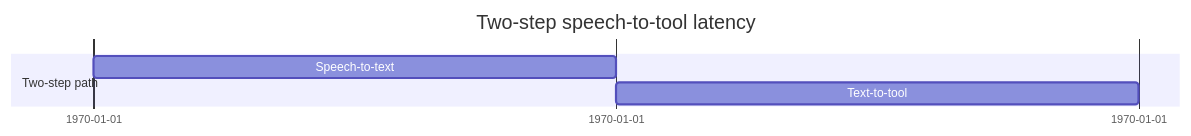
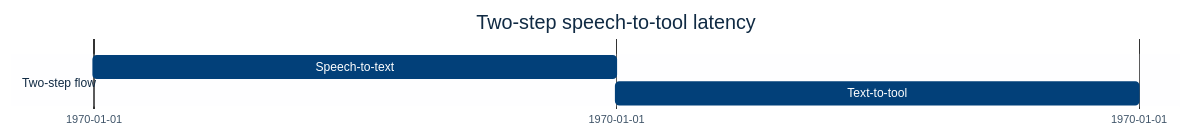
One commit to wild-edge/wildedge-swift changed the second of 2 diagrams in Examples/VoiceRecorderSample/speech_to_tool_benchmark_linkedin_post_with_results.md. Above: the diagram before and after it, drawn with Mermaid. The commit also changed other lines of this file and 11 other files, not shown here.

````diff
--- a/Examples/VoiceRecorderSample/speech_to_tool_benchmark_linkedin_post_with_results.md
+++ b/Examples/VoiceRecorderSample/speech_to_tool_benchmark_linkedin_post_with_results.md
@@ -92,10 +110,10 @@
 ```mermaid
-%%{init: {"themeCSS": ".tick text { display: none; }"}}%%
+%%{init: {"theme": "base", "themeVariables": {"background": "#ffffff", "fontFamily": "Arial, sans-serif", "primaryColor": "#024079", "primaryTextColor": "#ffffff", "primaryBorderColor": "#024079", "secondaryColor": "#00b78b", "lineColor": "#9fb3c8", "textColor": "#102a43", "taskBkgColor": "#024079", "taskTextColor": "#ffffff", "taskBorderColor": "#024079", "gridColor": "#f0f4f8", "sectionBkgColor": "#f7fbfd", "altSectionBkgColor": "#eefaf6", "titleColor": "#102a43"}, "themeCSS": ".tick text { display: none; } .grid .tick line { stroke: #f0f4f8; } .task0 { fill: #024079 !important; stroke: #024079 !important; } .task1 { fill: #00b78b !important; stroke: #00b78b !important; } .taskText { fill: #ffffff; font-weight: 700; } .taskTextOutsideRight, .taskTextOutsideLeft { fill: #102a43; font-weight: 700; } .sectionTitle, .titleText { fill: #102a43; font-weight: 700; }"}}%%
 gantt
     title Two-step speech-to-tool latency
     dateFormat X
     tickInterval 1second
-    section Two-step path
+    section Two-step flow
     Speech-to-text :stt, 0, 1s
     Text-to-tool :ttt, after stt, 1s
 ```
````
